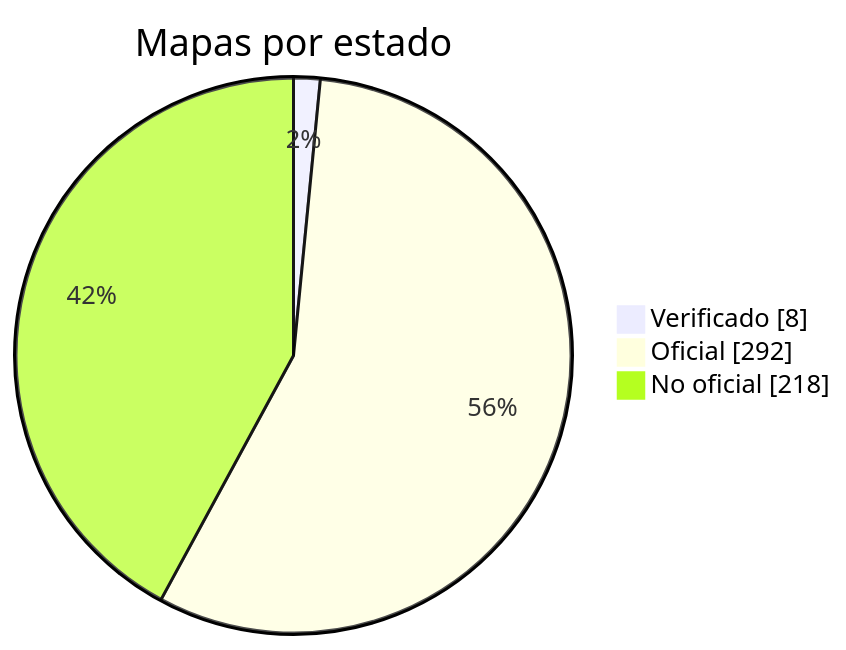
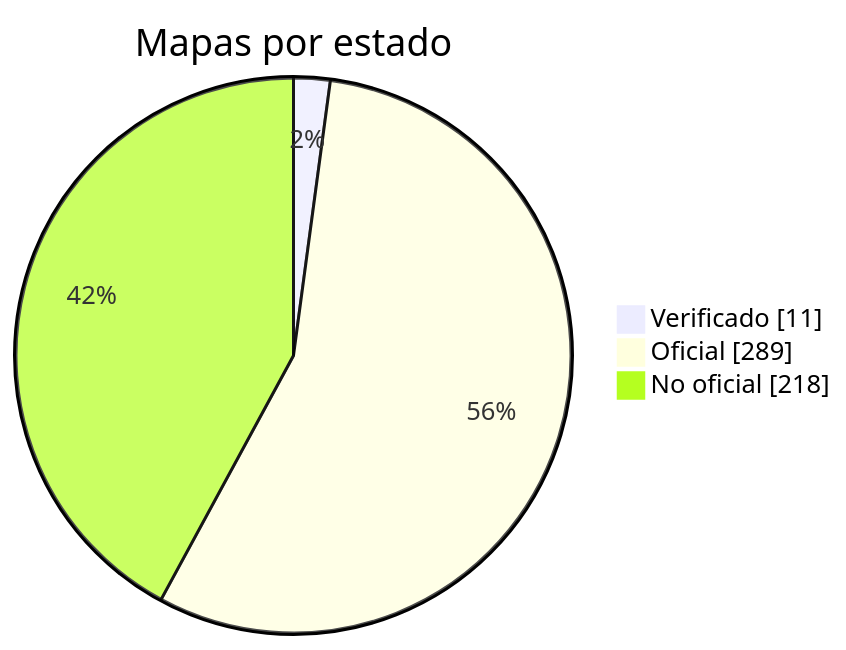
The diagram in docs/readme/README_ES.md (nobrega8/mbmap-library), drawn with Mermaid before and after one commit. The commit also changed 7 other files, not shown here.

````diff
--- a/docs/readme/README_ES.md
+++ b/docs/readme/README_ES.md
@@ -54,7 +54,7 @@
 ```mermaid
 pie showData
     title Mapas por estado
-    "Verificado" : 8
-    "Oficial" : 292
+    "Verificado" : 11
+    "Oficial" : 289
     "No oficial" : 218
 ```
````
